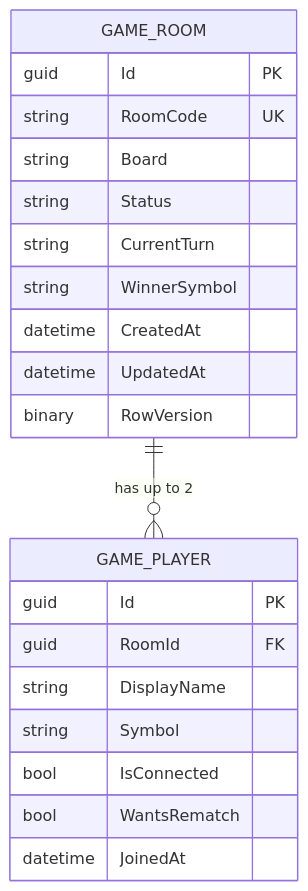
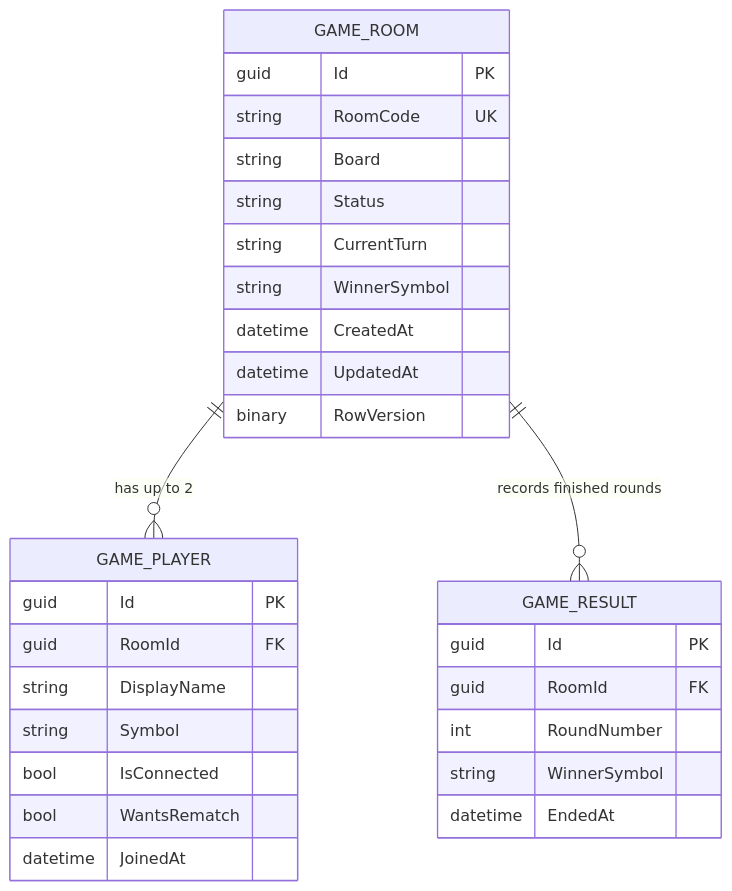
One commit to phaticroman/TicTacToe changed the diagram in docs/DatabaseDesign.md. Above: the diagram before and after it, drawn with Mermaid. The commit also changed other lines of this file and 16 other files, not shown here.

````diff
--- a/docs/DatabaseDesign.md
+++ b/docs/DatabaseDesign.md
@@ -36,26 +38,35 @@
 ```mermaid
 erDiagram
     GAME_ROOM ||--o{ GAME_PLAYER : "has up to 2"
+    GAME_ROOM ||--o{ GAME_RESULT : "records finished rounds"
 
     GAME_ROOM {
         guid Id PK
         string RoomCode UK
         string Board
         string Status
         string CurrentTurn
         string WinnerSymbol
         datetime CreatedAt
         datetime UpdatedAt
         binary RowVersion
     }
 
     GAME_PLAYER {
         guid Id PK
         guid RoomId FK
         string DisplayName
         string Symbol
         bool IsConnected
         bool WantsRematch
         datetime JoinedAt
     }
+
+    GAME_RESULT {
+        guid Id PK
+        guid RoomId FK
+        int RoundNumber
+        string WinnerSymbol
+        datetime EndedAt
+    }
 ```
````
